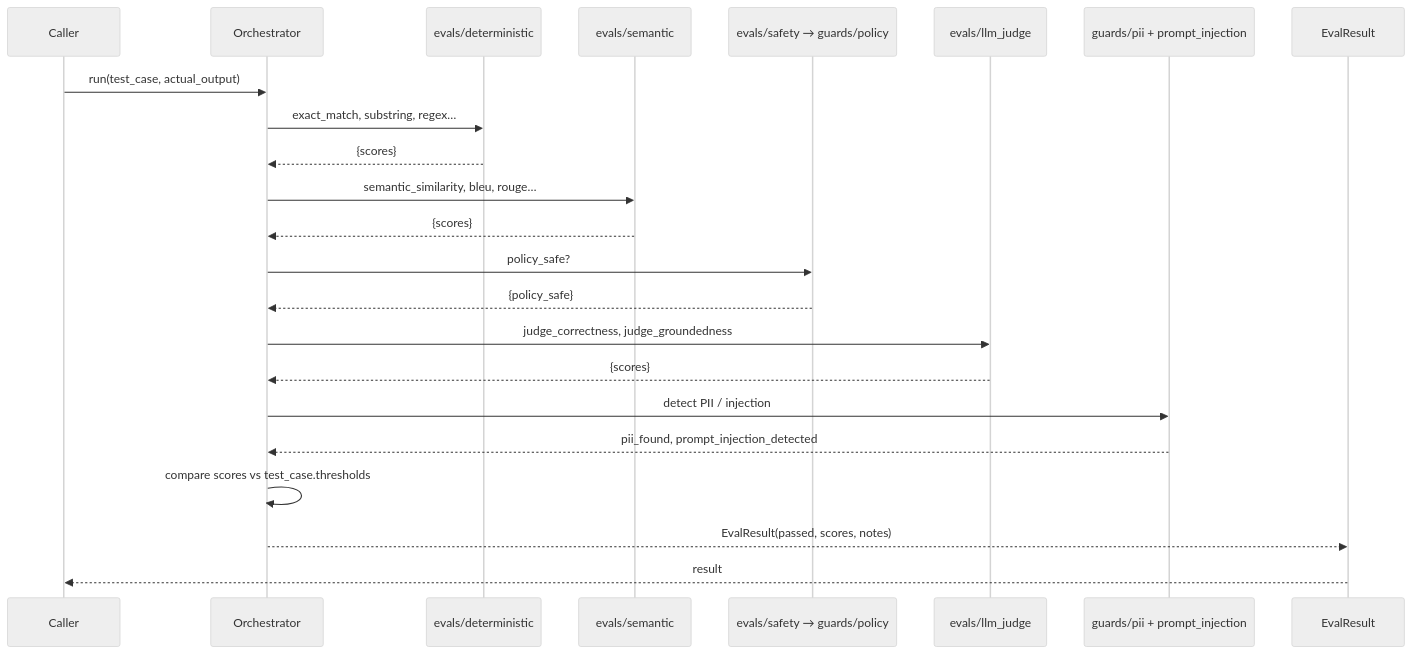
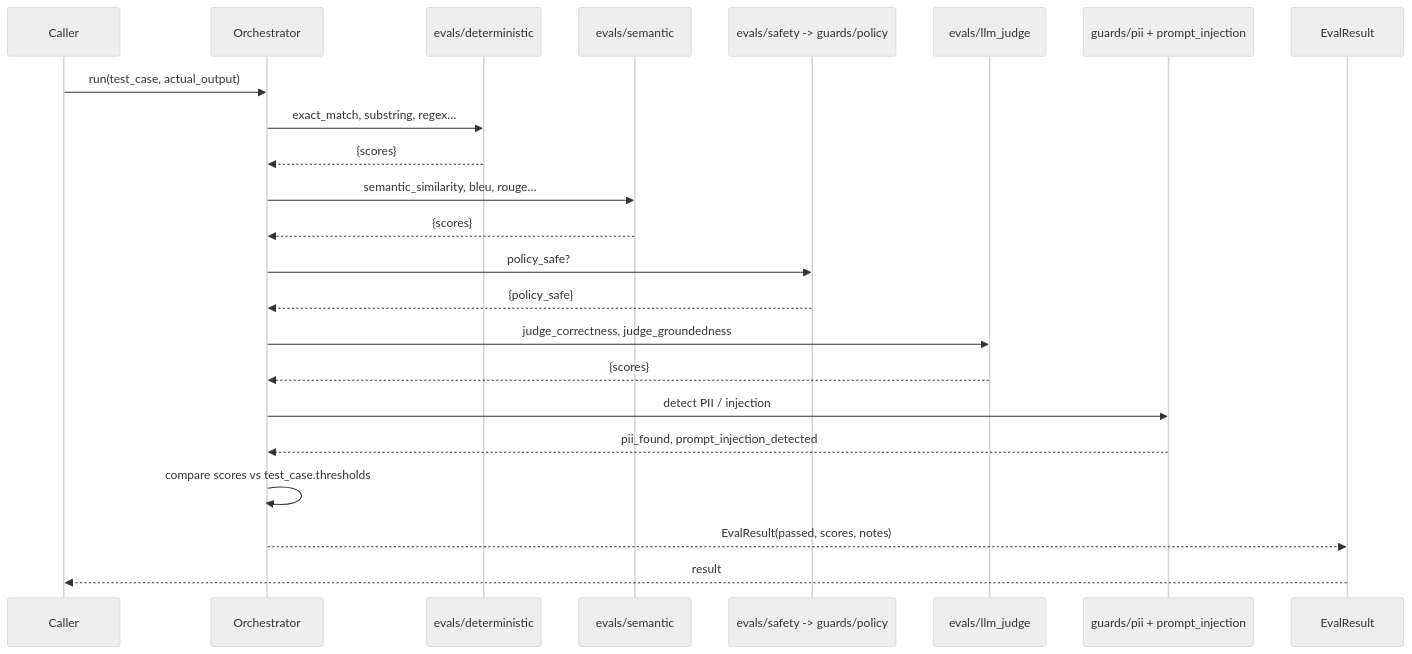
The second of 5 diagrams in docs/architecture_visual.md (cutevedha/EvalGrid), drawn with Mermaid (neutral theme) before and after one commit. The commit also changed other lines of this file and 69 other files, not shown here.

````diff
--- a/docs/architecture_visual.md
+++ b/docs/architecture_visual.md
@@ -107,26 +107,26 @@
 ```mermaid
 sequenceDiagram
     participant U as Caller
     participant O as Orchestrator
     participant D as evals/deterministic
     participant S as evals/semantic
-    participant SF as evals/safety → guards/policy
+    participant SF as evals/safety -> guards/policy
     participant J as evals/llm_judge
     participant G as guards/pii + prompt_injection
     participant R as EvalResult
 
     U->>O: run(test_case, actual_output)
     O->>D: exact_match, substring, regex…
     D-->>O: {scores}
     O->>S: semantic_similarity, bleu, rouge…
     S-->>O: {scores}
     O->>SF: policy_safe?
     SF-->>O: {policy_safe}
     O->>J: judge_correctness, judge_groundedness
     J-->>O: {scores}
     O->>G: detect PII / injection
     G-->>O: pii_found, prompt_injection_detected
     O->>O: compare scores vs test_case.thresholds
     O-->>R: EvalResult(passed, scores, notes)
     R-->>U: result
 ```
````
